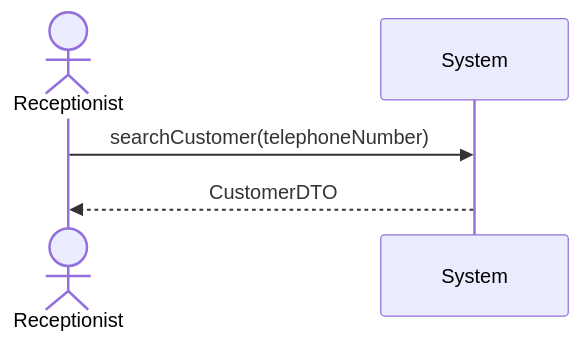
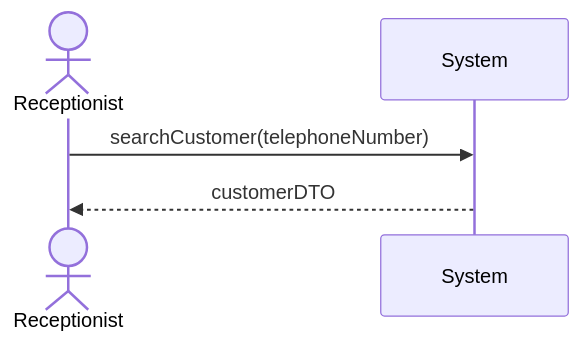
Before and after one commit to mo-mosverkstad/java-learning: the fourth of 10 diagrams in maven-projects/ElectricBikeRepair/README.md, drawn with Mermaid. The commit also changed other lines of this file, not shown here.

````diff
--- a/maven-projects/ElectricBikeRepair/README.md
+++ b/maven-projects/ElectricBikeRepair/README.md
@@ -324,8 +372,8 @@
 ```mermaid
 sequenceDiagram
     actor Receptionist
     participant System
 
     Receptionist ->> System: searchCustomer(telephoneNumber)
-    System -->> Receptionist: CustomerDTO
+    System -->> Receptionist: customerDTO
 ```
````
